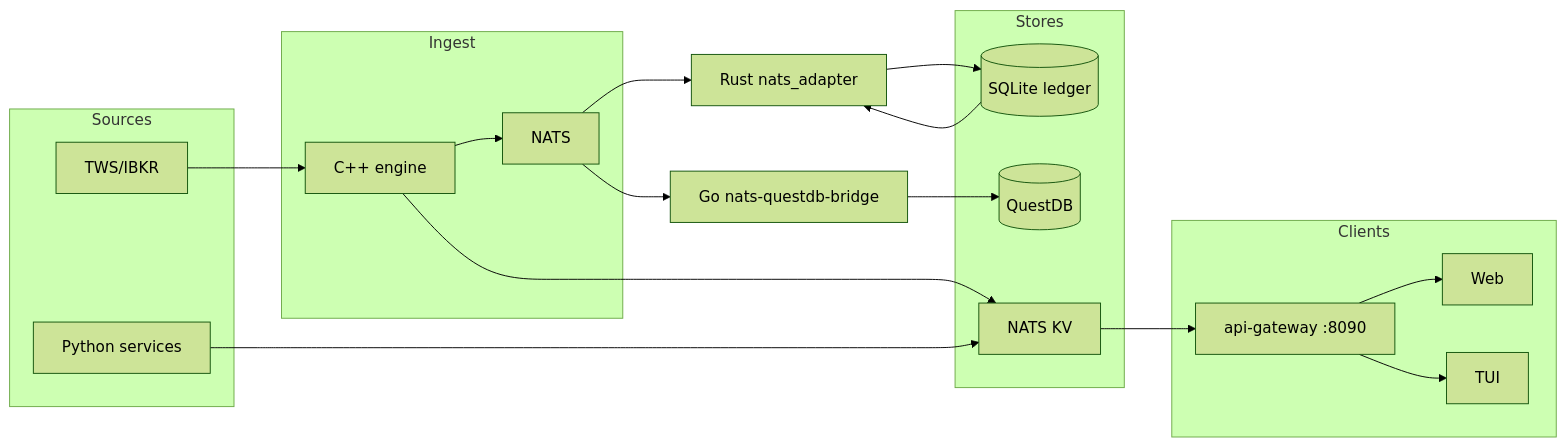
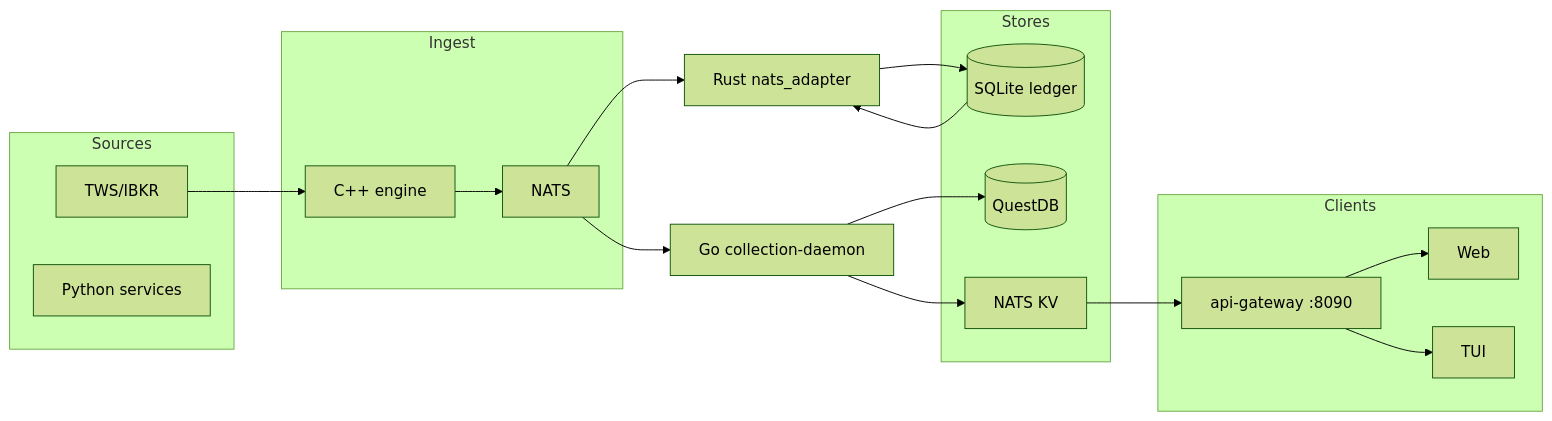
One commit to davidl71/Aether changed the diagram in docs/platform/DATAFLOW_ARCHITECTURE.md. Above: the diagram before and after it, drawn with Mermaid (forest theme). The commit also changed other lines of this file and 10 other files, not shown here.

````diff
--- a/docs/platform/DATAFLOW_ARCHITECTURE.md
+++ b/docs/platform/DATAFLOW_ARCHITECTURE.md
@@ -241,33 +241,32 @@
 ```mermaid
 flowchart LR
   subgraph sources [Sources]
     TWS[TWS/IBKR]
     Python[Python services]
   end
   subgraph ingest [Ingest]
     Cpp[C++ engine]
     Nats[NATS]
   end
   subgraph stores [Stores]
     Ledger[(SQLite ledger)]
     QDB[(QuestDB)]
     KV[NATS KV]
   end
   subgraph clients [Clients]
     Gateway[api-gateway :8090]
     Web[Web]
     TUI[TUI]
   end
   TWS --> Cpp
   Cpp --> Nats
-  Nats --> Bridge[Go nats-questdb-bridge]
+  Nats --> Collector[Go collection-daemon]
   Nats --> Rust[Rust nats_adapter]
-  Bridge --> QDB
+  Collector --> QDB
+  Collector --> KV
   Rust --> Ledger
-  Cpp --> KV
-  Python --> KV
   Gateway --> Web
   Gateway --> TUI
   Ledger --> Rust
   KV --> Gateway
 ```
````
